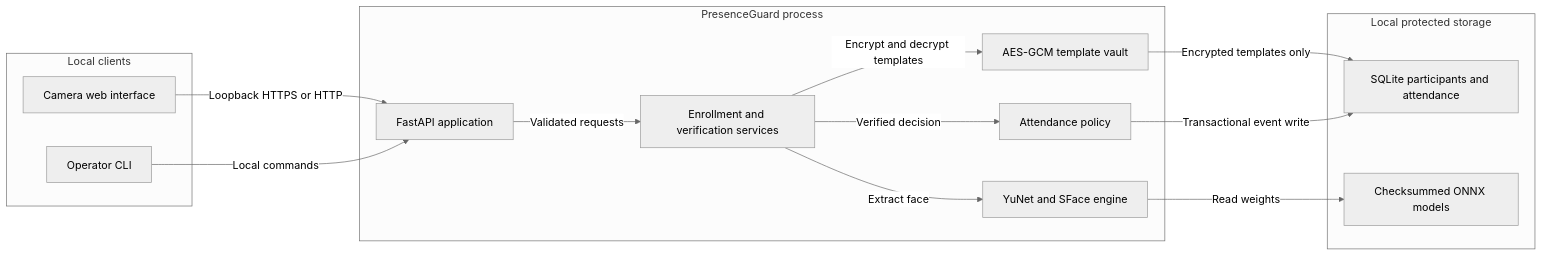
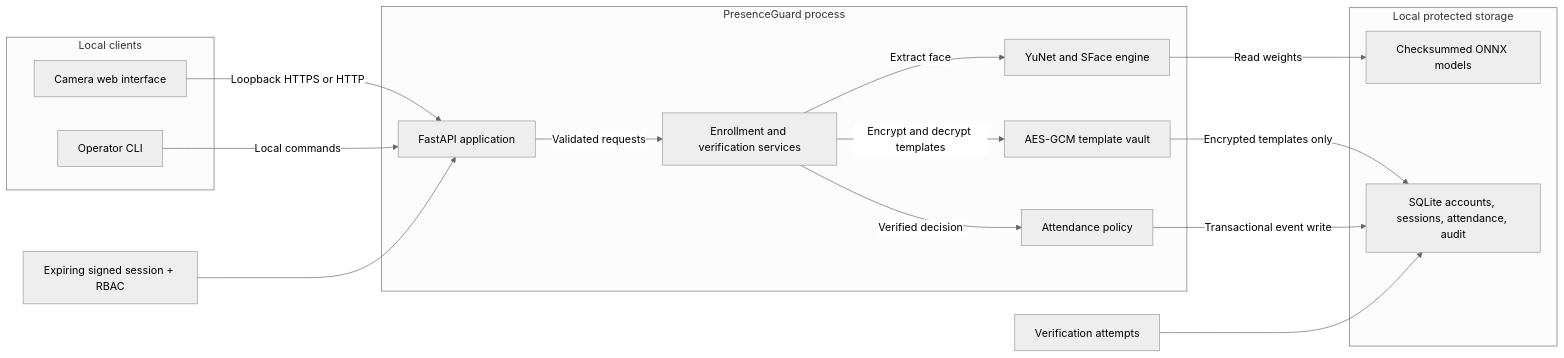
One commit to mmuazhr/smart-attendance-face-verification changed the diagram in docs/architecture.md. Above: the diagram before and after it, drawn with Mermaid (neutral theme). The commit also changed other lines of this file and 21 other files, not shown here.

````diff
--- a/docs/architecture.md
+++ b/docs/architecture.md
@@ -5,30 +5,32 @@
 ```mermaid
 flowchart LR
     subgraph client ["Local clients"]
         browser["Camera web interface"]
         cli["Operator CLI"]
     end
 
     subgraph service ["PresenceGuard process"]
         api["FastAPI application"]
         verification["Enrollment and verification services"]
         faceEngine["YuNet and SFace engine"]
         attendance["Attendance policy"]
         crypto["AES-GCM template vault"]
     end
 
     subgraph datastore ["Local protected storage"]
-        sqlite["SQLite participants and attendance"]
+        sqlite["SQLite accounts, sessions, attendance, audit"]
         models["Checksummed ONNX models"]
     end
 
     browser -->|"Loopback HTTPS or HTTP"| api
     cli -->|"Local commands"| api
     api -->|"Validated requests"| verification
     verification -->|"Extract face"| faceEngine
     verification -->|"Encrypt and decrypt templates"| crypto
     verification -->|"Verified decision"| attendance
     faceEngine -->|"Read weights"| models
     crypto -->|"Encrypted templates only"| sqlite
     attendance -->|"Transactional event write"| sqlite
+    auth["Expiring signed session + RBAC"] --> api
+    attempts["Verification attempts"] --> sqlite
 ```
````
